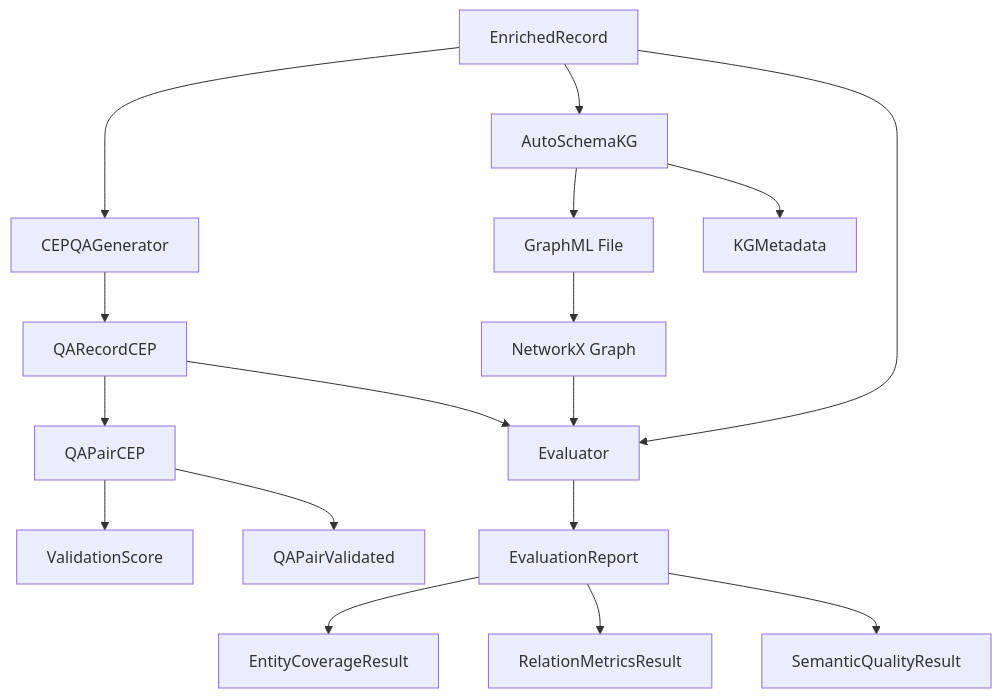
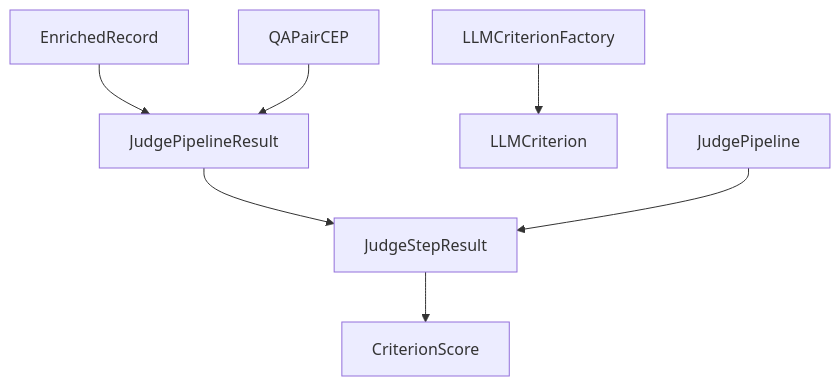
Before and after one commit to FredDsR/arandu: the diagram in docs-site/src/content/docs/development/schemas.md, drawn with Mermaid. The commit also changed other lines of this file and 7 other files, not shown here.

````diff
--- a/docs-site/src/content/docs/development/schemas.md
+++ b/docs-site/src/content/docs/development/schemas.md
@@ -1292,22 +122,9 @@
 ```mermaid
 graph TD
-    A[EnrichedRecord] --> P[CEPQAGenerator]
-    P --> Q[QARecordCEP]
-    Q --> R[QAPairCEP]
-    R --> S[ValidationScore]
-    R --> T[QAPairValidated]
-
-    A --> E[AutoSchemaKG]
-    E --> F[GraphML File]
-    E --> G[KGMetadata]
-
-    F --> H[NetworkX Graph]
-
-    Q --> I[Evaluator]
-    H --> I
-    A --> I
-    I --> J[EvaluationReport]
-    J --> K[EntityCoverageResult]
-    J --> L[RelationMetricsResult]
-    J --> M[SemanticQualityResult]
+  A[EnrichedRecord] --> B[JudgePipelineResult]
+  C[QAPairCEP] --> B
+  B --> D[JudgeStepResult]
+  D --> E[CriterionScore]
+  F[LLMCriterionFactory] --> G[LLMCriterion]
+  H[JudgePipeline] --> D
 ```
````
